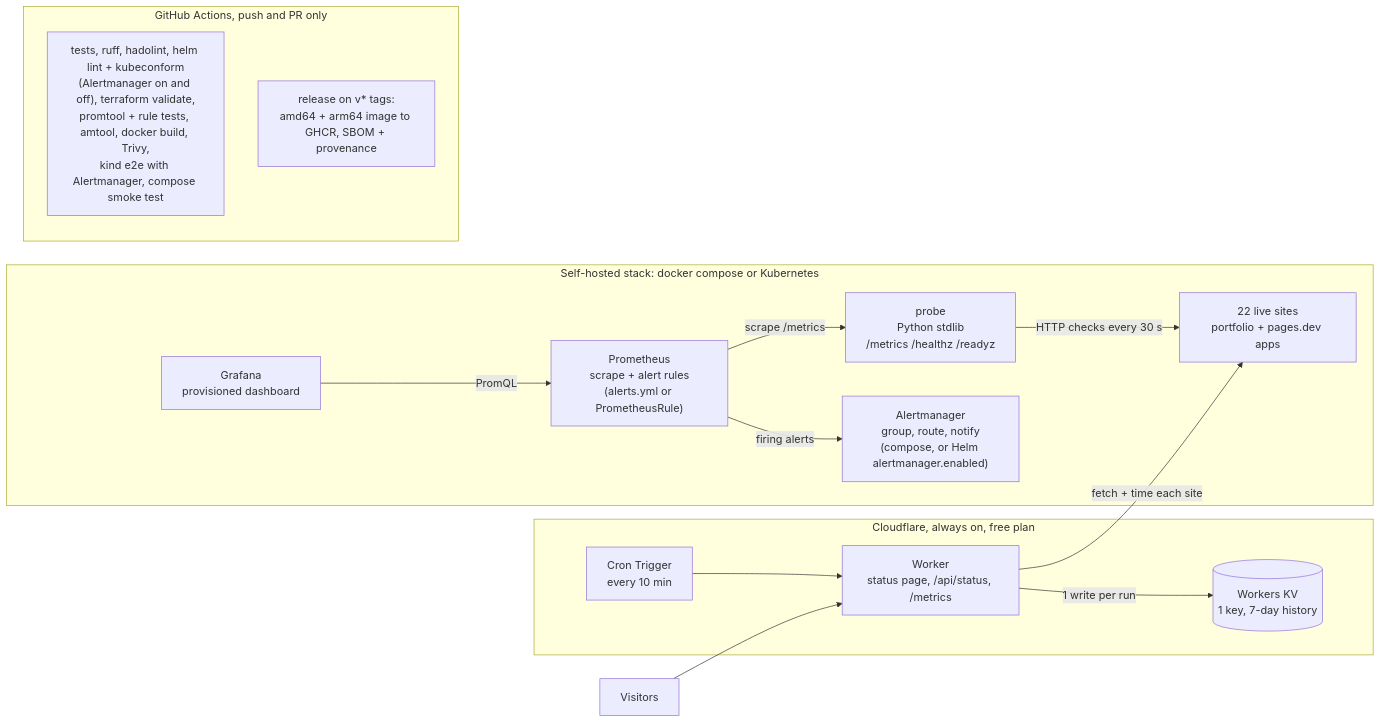
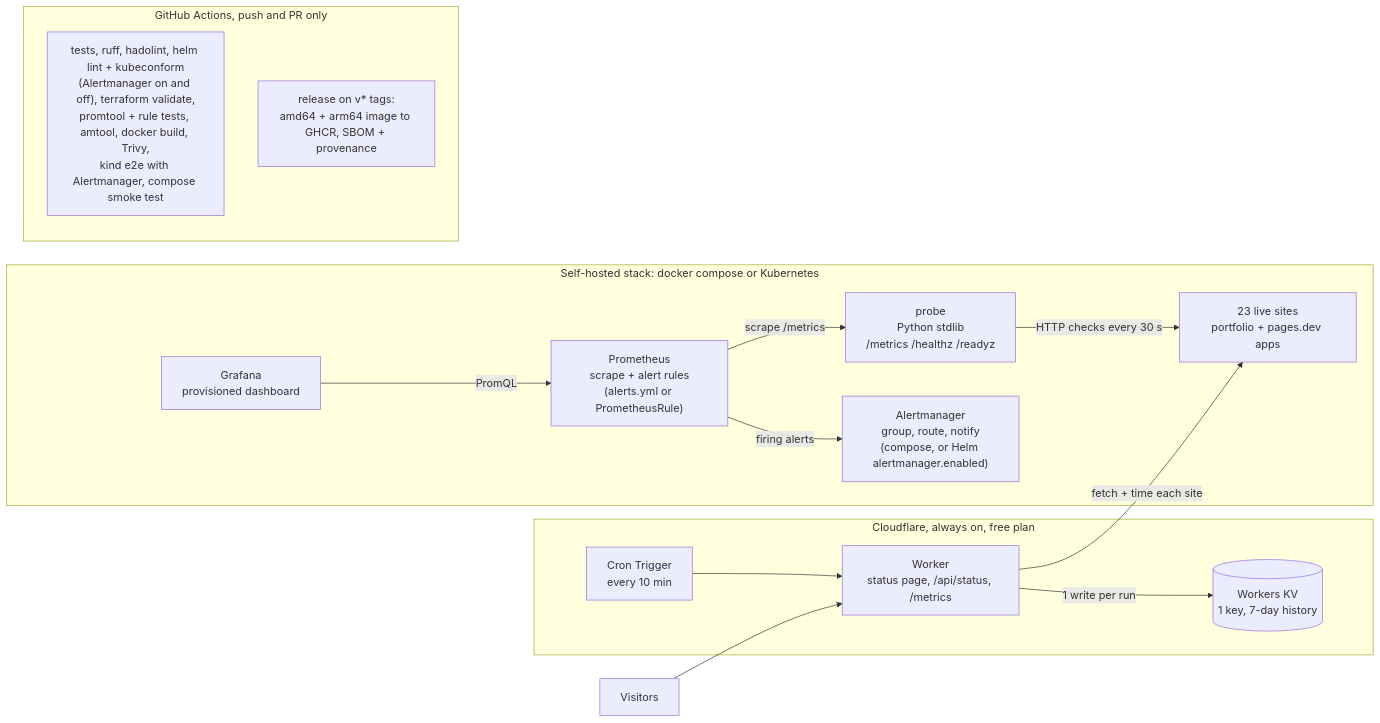
One commit to naniiic137/fleetwatch changed the first of 2 diagrams in README.md. Above: the diagram before and after it, drawn with Mermaid. The commit also changed other lines of this file and 6 other files, not shown here.

````diff
--- a/README.md
+++ b/README.md
@@ -18,31 +18,31 @@
 ```mermaid
 flowchart LR
-    sites["22 live sites<br/>portfolio + pages.dev apps"]
+    sites["23 live sites<br/>portfolio + pages.dev apps"]
 
     subgraph local["Self-hosted stack: docker compose or Kubernetes"]
         probe["probe<br/>Python stdlib<br/>/metrics /healthz /readyz"]
         prom["Prometheus<br/>scrape + alert rules<br/>(alerts.yml or PrometheusRule)"]
         am["Alertmanager<br/>group, route, notify<br/>(compose, or Helm alertmanager.enabled)"]
         graf["Grafana<br/>provisioned dashboard"]
         probe -- "HTTP checks every 30 s" --> sites
         prom -- "scrape /metrics" --> probe
         prom -- "firing alerts" --> am
         graf -- "PromQL" --> prom
     end
 
     subgraph cf["Cloudflare, always on, free plan"]
         cron["Cron Trigger<br/>every 10 min"]
         worker["Worker<br/>status page, /api/status, /metrics"]
         kv[("Workers KV<br/>1 key, 7-day history")]
         cron --> worker
         worker -- "fetch + time each site" --> sites
         worker -- "1 write per run" --> kv
     end
 
     visitors["Visitors"] --> worker
 
     subgraph gha["GitHub Actions, push and PR only"]
         ci["tests, ruff, hadolint, helm lint + kubeconform<br/>(Alertmanager on and off), terraform validate,<br/>promtool + rule tests, amtool, docker build, Trivy,<br/>kind e2e with Alertmanager, compose smoke test"]
         rel["release on v* tags:<br/>amd64 + arm64 image to GHCR, SBOM + provenance"]
     end
 ```
````
